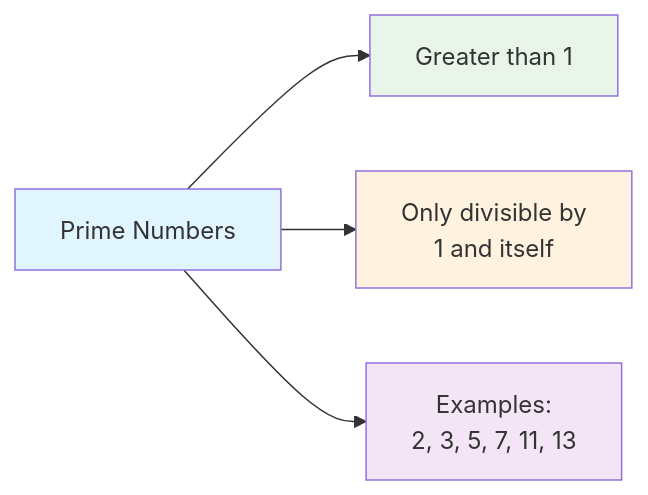
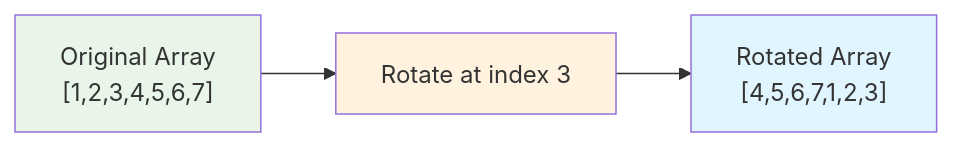
Before and after one commit to LuckyLongre123/README_RUNNER: the first of 13 diagrams in README.md, drawn with Mermaid. The commit also changed other lines of this file, not shown here.

````diff
--- a/README.md
+++ b/README.md
@@ -39,11 +41,9 @@
 ```mermaid
 flowchart LR
-    A[Prime Numbers] --> B[Greater than 1]
-    A --> C[Only divisible by<br/>1 and itself]
-    A --> D[Examples:<br/>2, 3, 5, 7, 11, 13]
+    A["Original Array<br/>[1,2,3,4,5,6,7]"] --> B["Rotate at index 3"]
+    B --> C["Rotated Array<br/>[4,5,6,7,1,2,3]"]
     
-    style A fill:#e1f5fe
-    style B fill:#e8f5e8
-    style C fill:#fff3e0
-    style D fill:#f3e5f5
+    style A fill:#e8f5e8
+    style B fill:#fff3e0
+    style C fill:#e1f5fe
 ```
````
